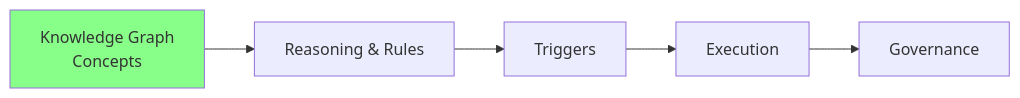
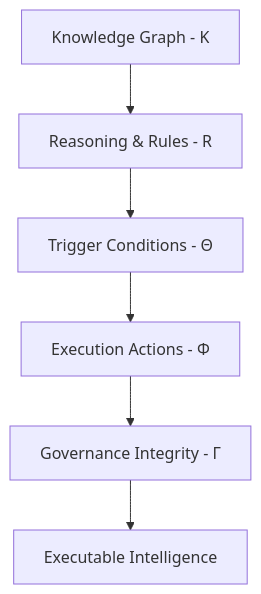
Before and after one commit to yasenstar/protege_pizza: the first of 2 diagrams in ebook/markdown/ch16.md, drawn with Mermaid. The commit also changed other lines of this file and 21 other files, not shown here.

````diff
--- a/ebook/markdown/ch16.md
+++ b/ebook/markdown/ch16.md
@@ -462,9 +481,5 @@
 ```mermaid
-flowchart LR
-K[Knowledge Graph\nConcepts]
--->R[Reasoning & Rules]
--->T[Triggers]
--->E[Execution]
--->G[Governance]
-style K fill:#88FF88
+flowchart TD
+A[Knowledge Graph - K]-->B[Reasoning & Rules - R]-->C[Trigger Conditions - Θ]
+C-->D[Execution Actions - Φ]-->E[Governance Integrity - Γ]-->F[Executable Intelligence]
 ```
````
